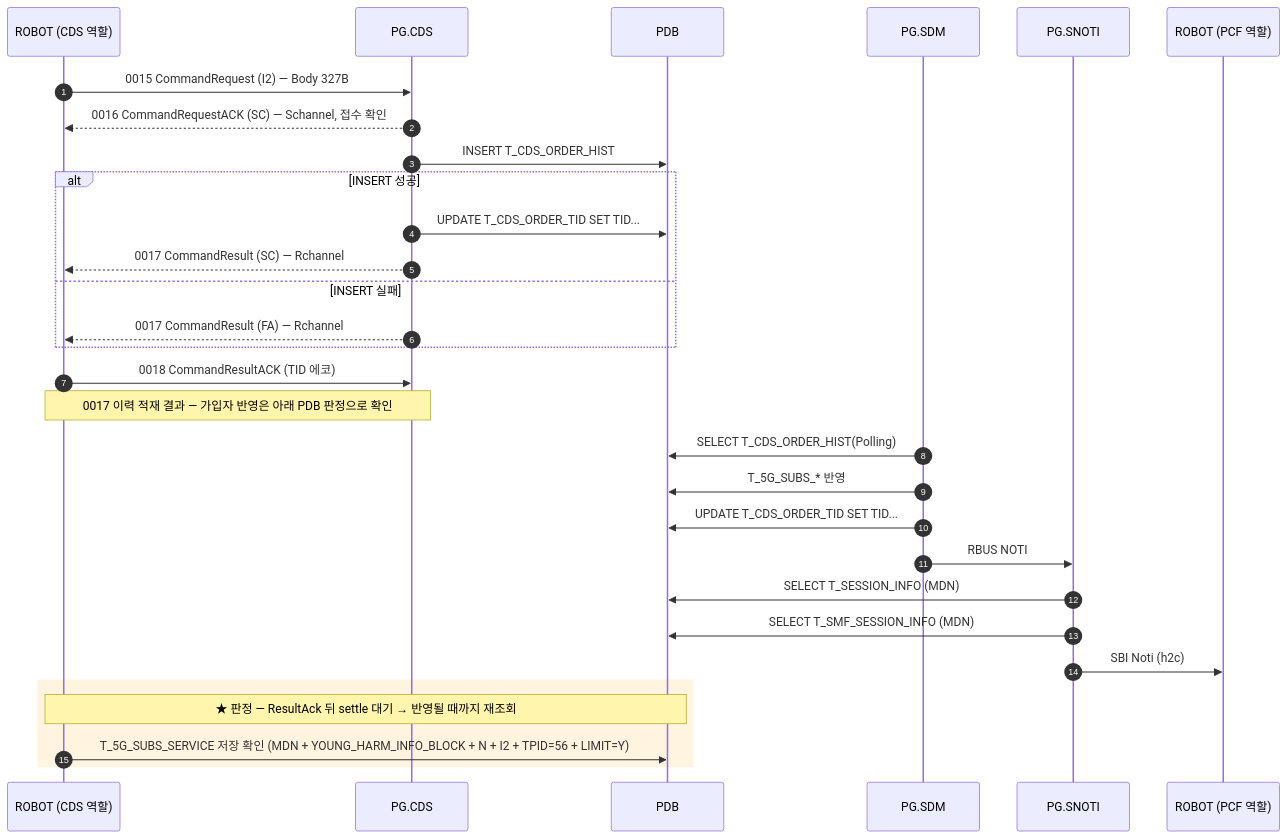
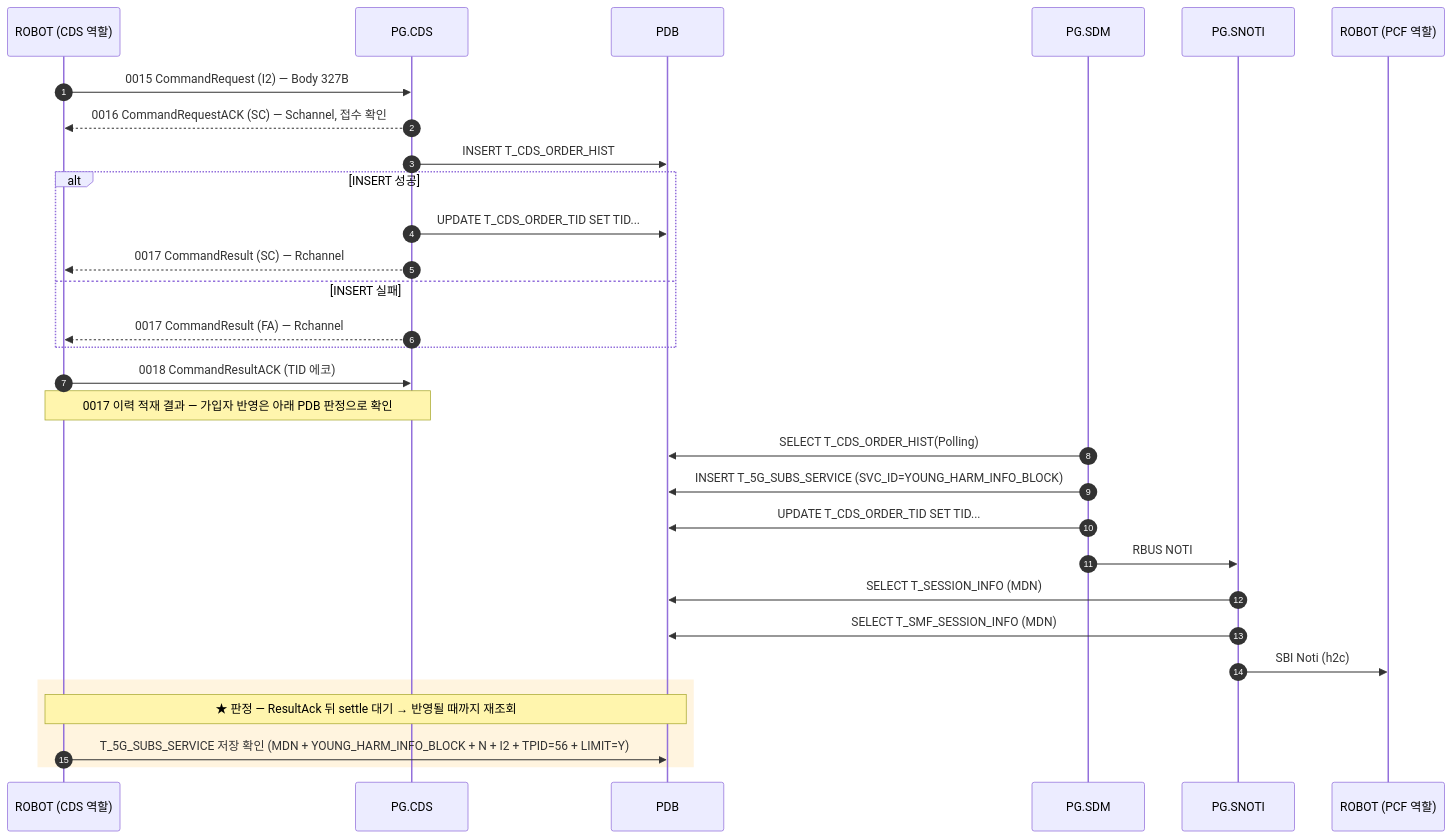
One commit to IanKim2030/tc4robot changed the diagram in docs/callflow/CDS_I2.md. Above: the diagram before and after it, drawn with Mermaid. The commit also changed 2 other files, not shown here.

Commit message:
docs : I2,I3 수정

````diff
--- a/docs/callflow/CDS_I2.md
+++ b/docs/callflow/CDS_I2.md
@@ -17,34 +17,34 @@
 ```mermaid
 sequenceDiagram
     autonumber
     participant TOOL as ROBOT (CDS 역할)
     participant PCDS as PG.CDS
     participant PDB as PDB
     participant SDM as PG.SDM
     participant SNOTI as PG.SNOTI
     participant PCF as ROBOT (PCF 역할)
 
     TOOL->>PCDS: 0015 CommandRequest (I2) — Body 327B
     PCDS-->>TOOL: 0016 CommandRequestACK (SC) — Schannel, 접수 확인
     PCDS->>PDB: INSERT T_CDS_ORDER_HIST
     alt INSERT 성공
         PCDS->>PDB: UPDATE T_CDS_ORDER_TID SET TID...
         PCDS-->>TOOL: 0017 CommandResult (SC) — Rchannel
     else INSERT 실패
         PCDS-->>TOOL: 0017 CommandResult (FA) — Rchannel
     end
     TOOL->>PCDS: 0018 CommandResultACK (TID 에코)
     Note over TOOL,PCDS: 0017 이력 적재 결과 — 가입자 반영은 아래 PDB 판정으로 확인
 
     SDM->>PDB: SELECT T_CDS_ORDER_HIST(Polling)
-    SDM->>PDB: T_5G_SUBS_* 반영
+    SDM->>PDB: INSERT T_5G_SUBS_SERVICE (SVC_ID=YOUNG_HARM_INFO_BLOCK)
     SDM->>PDB: UPDATE T_CDS_ORDER_TID SET TID...
     SDM->>SNOTI: RBUS NOTI
     SNOTI->>PDB: SELECT T_SESSION_INFO (MDN)
     SNOTI->>PDB: SELECT T_SMF_SESSION_INFO (MDN)
     SNOTI->>PCF: SBI Noti (h2c)
     rect rgba(255, 176, 32, 0.14)
     Note over TOOL,PDB: ★ 판정 — ResultAck 뒤 settle 대기 → 반영될 때까지 재조회
         TOOL->>PDB: T_5G_SUBS_SERVICE 저장 확인 (MDN + YOUNG_HARM_INFO_BLOCK + N + I2 + TPID=56 + LIMIT=Y)
     end
 ```
````
